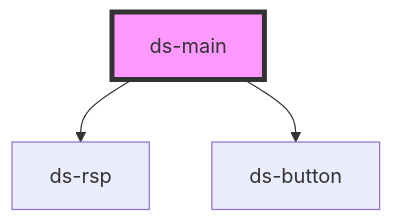
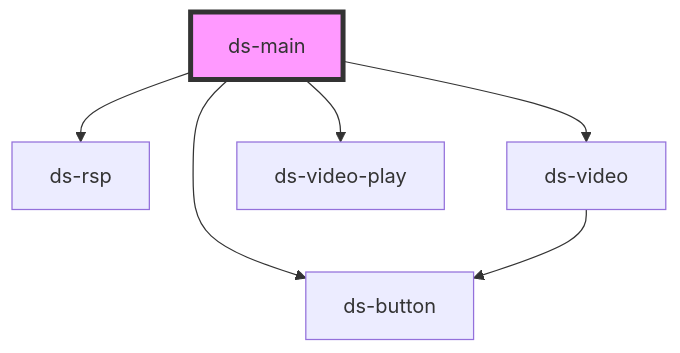
One commit to jezoock/dot-stash changed the diagram in src/readme.md. Above: the diagram before and after it, drawn with Mermaid. The commit also changed other lines of this file and 104 other files, not shown here.

````diff
--- a/src/readme.md
+++ b/src/readme.md
@@ -29,6 +31,9 @@
 ```mermaid
 graph TD;
   ds-main --> ds-rsp
   ds-main --> ds-button
+  ds-main --> ds-video
+  ds-main --> ds-video-play
+  ds-video --> ds-button
   style ds-main fill:#f9f,stroke:#333,stroke-width:4px
 ```
````
